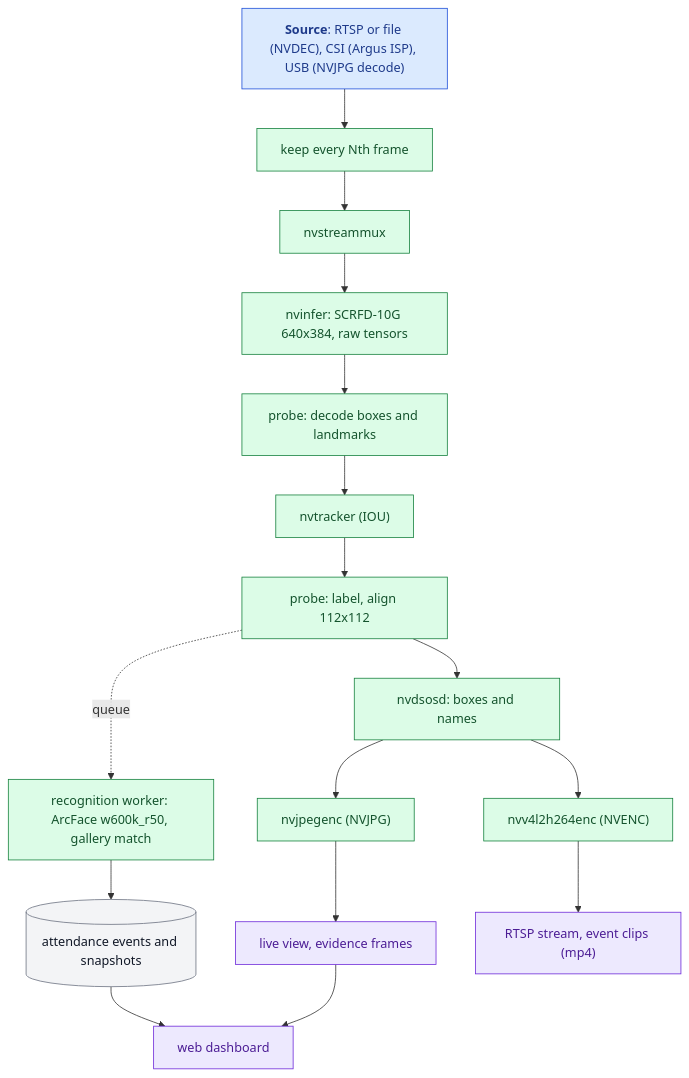
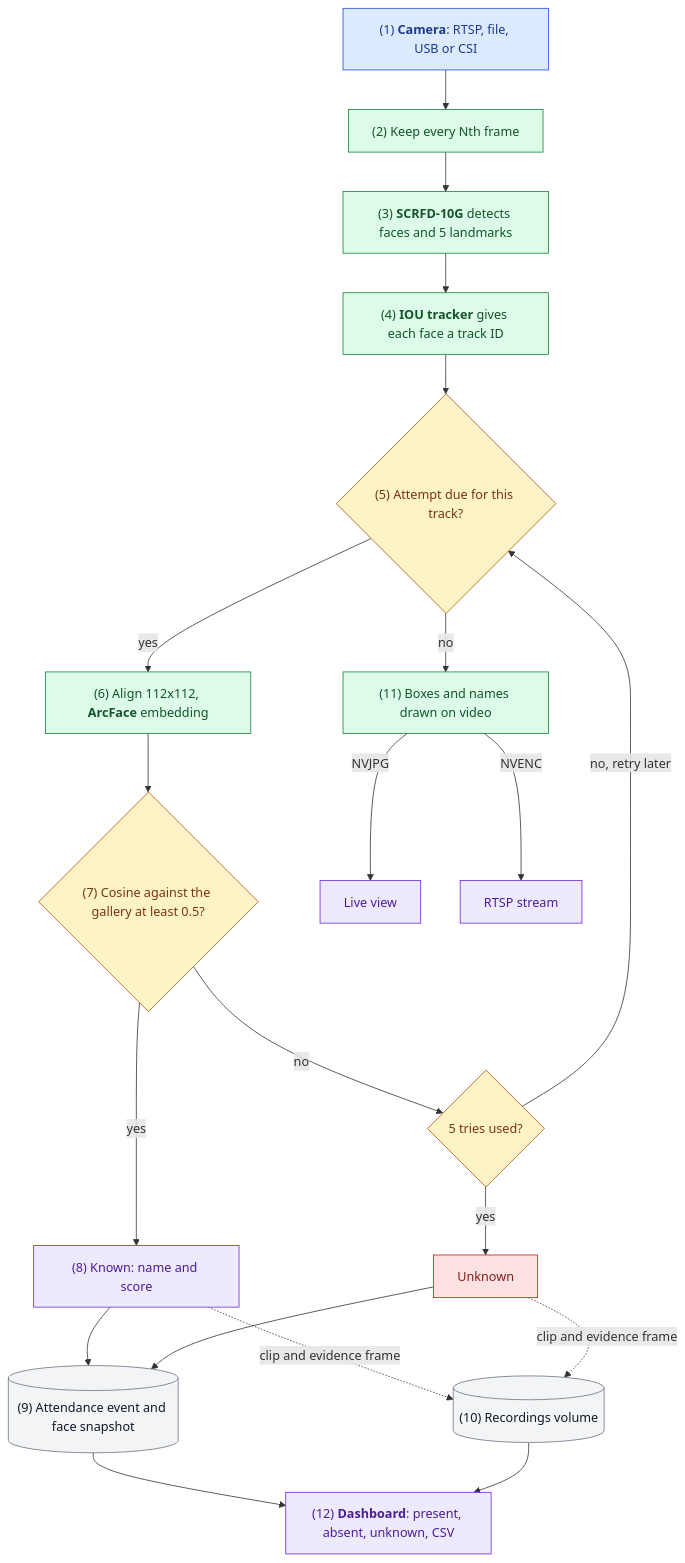
One commit to hamza-aziz-ai/Jetson-Nano-Face-Recognition-Attendance-System changed the first of 2 diagrams in README.md. Above: the diagram before and after it, drawn with Mermaid. The commit also changed other lines of this file and 5 other files, not shown here.

First line of the commit message:
README: System Design and Solution Architecture sections

````diff
--- a/README.md
+++ b/README.md
@@ -40,17 +20,28 @@
 ```mermaid
-flowchart TD
-  SRC["`**Source**: RTSP or file (NVDEC), CSI (Argus ISP), USB (NVJPG decode)`"]:::entry --> DROP["`keep every Nth frame`"]:::step
-  DROP --> MUX["`nvstreammux`"]:::step --> DET["`nvinfer: SCRFD-10G 640x384, raw tensors`"]:::step
-  DET --> P1["`probe: decode boxes and landmarks`"]:::step --> TRK["`nvtracker (IOU)`"]:::step
-  TRK --> P2["`probe: label, align 112x112`"]:::step --> OSD["`nvdsosd: boxes and names`"]:::step
-  P2 -. "`queue`" .-> REC["`recognition worker: ArcFace w600k_r50, gallery match`"]:::step
-  REC --> LOG[("`attendance events and snapshots`")]:::store
-  OSD --> JPG["`nvjpegenc (NVJPG)`"]:::step --> LIVE["`live view, evidence frames`"]:::outcome
-  OSD --> ENC["`nvv4l2h264enc (NVENC)`"]:::step --> OUT["`RTSP stream, event clips (mp4)`"]:::outcome
-  LOG --> WEB["`web dashboard`"]:::outcome
-  LIVE --> WEB
+flowchart TB
+  CAM["`(1) **Camera**: RTSP, file, USB or CSI`"]:::entry --> DROP["`(2) Keep every Nth frame`"]:::step
+  DROP --> DET["`(3) **SCRFD-10G** detects faces and 5 landmarks`"]:::step
+  DET --> TRK["`(4) **IOU tracker** gives each face a track ID`"]:::step
+  TRK --> DUE{"`(5) Attempt due for this track?`"}:::decision
+  DUE -->|"`no`"| OSD["`(11) Boxes and names drawn on video`"]:::step
+  DUE -->|"`yes`"| EMB["`(6) Align 112x112, **ArcFace** embedding`"]:::step
+  EMB --> MATCH{"`(7) Cosine against the gallery at least 0.5?`"}:::decision
+  MATCH -->|"`yes`"| KNOWN["`(8) Known: name and score`"]:::outcome
+  MATCH -->|"`no`"| TRIES{"`5 tries used?`"}:::decision
+  TRIES -->|"`no, retry later`"| DUE
+  TRIES -->|"`yes`"| UNK["`Unknown`"]:::error
+  KNOWN --> EVT[("`(9) Attendance event and face snapshot`")]:::store
+  UNK --> EVT
+  KNOWN -.->|"`clip and evidence frame`"| REC[("`(10) Recordings volume`")]:::store
+  UNK -.->|"`clip and evidence frame`"| REC
+  OSD -->|"`NVJPG`"| LIVE["`Live view`"]:::outcome
+  OSD -->|"`NVENC`"| RTSP["`RTSP stream`"]:::outcome
+  EVT --> WEB["`(12) **Dashboard**: present, absent, unknown, CSV`"]:::outcome
+  REC --> WEB
   classDef entry fill:#dbeafe,stroke:#1d4ed8,color:#1e3a8a
   classDef step fill:#dcfce7,stroke:#15803d,color:#14532d
+  classDef decision fill:#fef3c7,stroke:#b45309,color:#78350f
   classDef outcome fill:#ede9fe,stroke:#6d28d9,color:#4c1d95
+  classDef error fill:#fee2e2,stroke:#b91c1c,color:#7f1d1d
   classDef store fill:#f3f4f6,stroke:#6b7280,color:#111827
 ```
````
